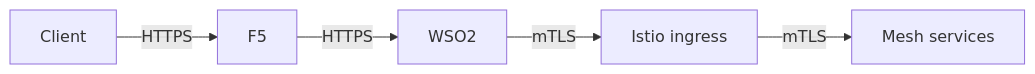
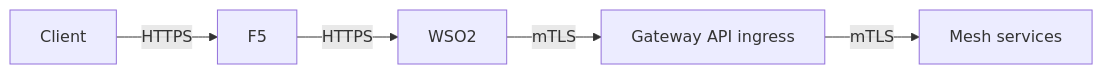
One commit to zeshaq/tutorials-presentations-docs changed the third of 4 diagrams in gateway patterns/04-tls-termination-and-trust-models.md. Above: the diagram before and after it, drawn with Mermaid. The commit also changed other lines of this file and 10 other files, not shown here.

````diff
--- a/gateway patterns/04-tls-termination-and-trust-models.md
+++ b/gateway patterns/04-tls-termination-and-trust-models.md
@@ -44,7 +44,7 @@
 ```mermaid
 flowchart LR
     C["Client"] -->|"HTTPS"| F5["F5"]
     F5 -->|"HTTPS"| W["WSO2"]
-    W -->|"mTLS"| I["Istio ingress"]
+    W -->|"mTLS"| I["Gateway API ingress"]
     I -->|"mTLS"| APP["Mesh services"]
 ```
````
